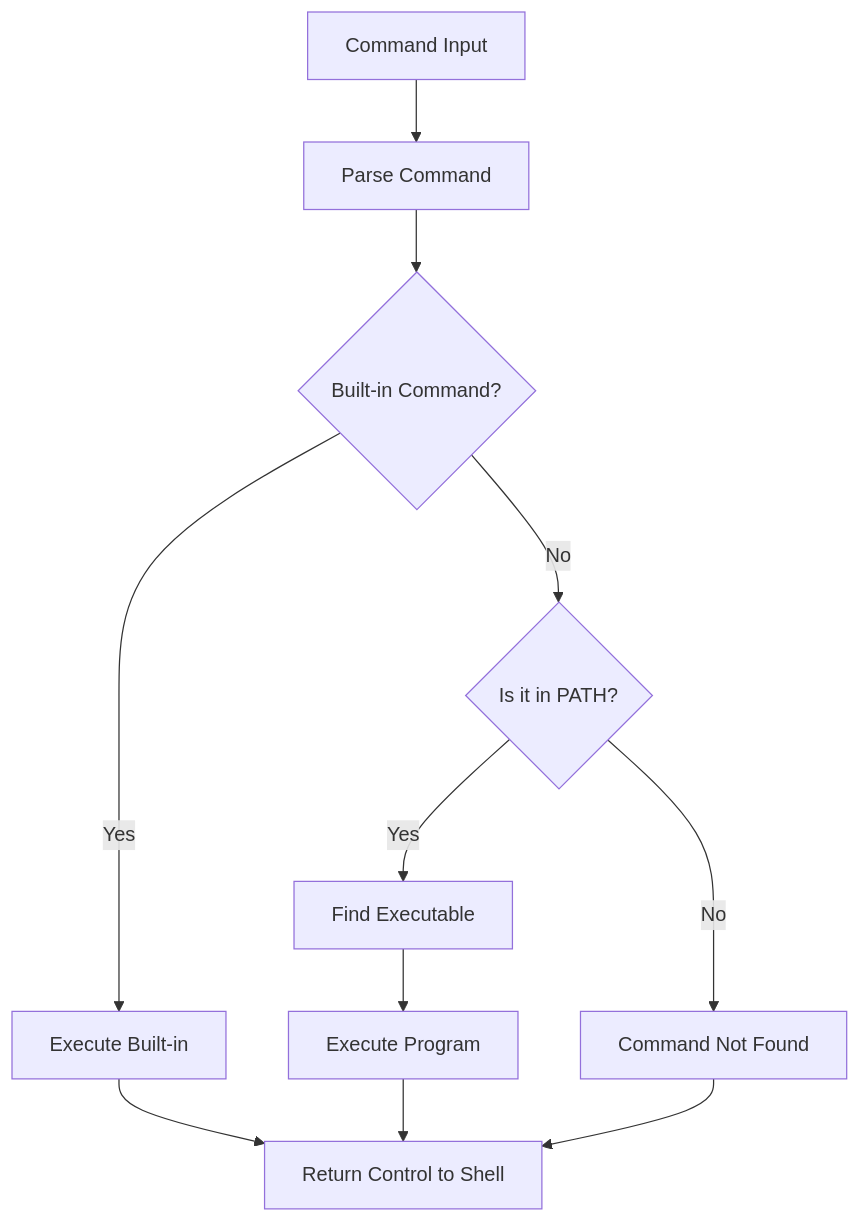
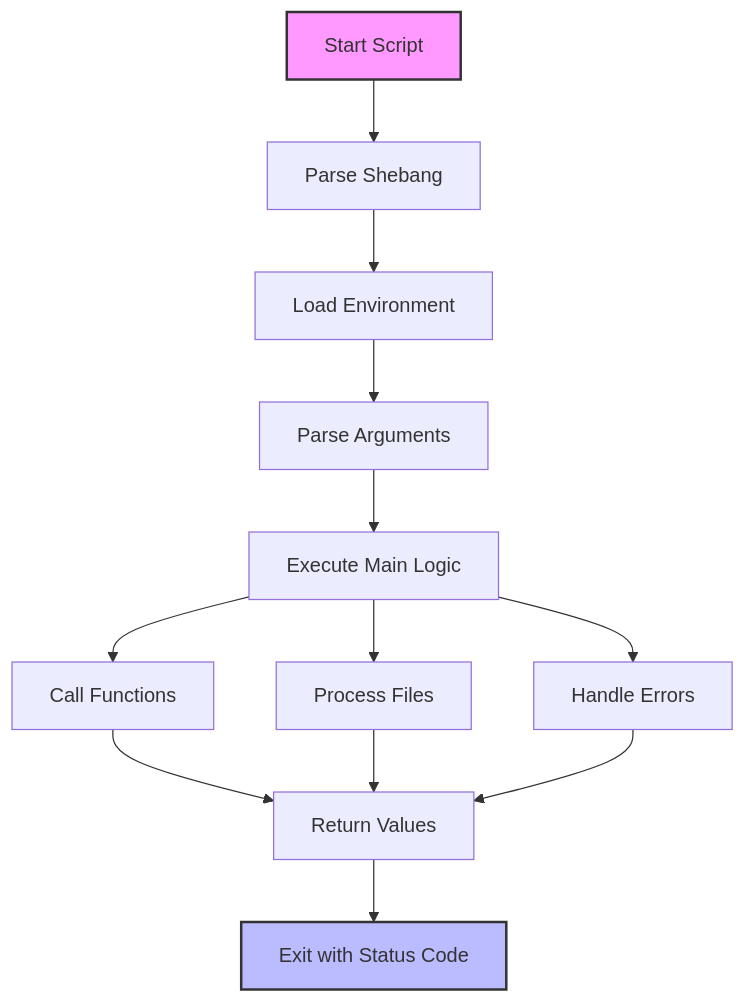
Before and after one commit to wahidyankf/oss: the diagram in apps-standalone/ayokoding-web/content/en/learn/crash-courses/swe/stacks/infra/bash/basics.md, drawn with Mermaid. The commit also changed other lines of this file and 40 other files, not shown here.

````diff
--- a/apps-standalone/ayokoding-web/content/en/learn/crash-courses/swe/stacks/infra/bash/basics.md
+++ b/apps-standalone/ayokoding-web/content/en/learn/crash-courses/swe/stacks/infra/bash/basics.md
@@ -360,13 +440,17 @@
 ```mermaid
 graph TD
-    A[Command Input] --> B[Parse Command]
-    B --> C{Built-in Command?}
-    C -->|Yes| D[Execute Built-in]
-    C -->|No| E{Is it in PATH?}
-    E -->|Yes| F[Find Executable]
-    F --> G[Execute Program]
-    E -->|No| H[Command Not Found]
-    D --> I[Return Control to Shell]
+    A[Start Script] --> B[Parse Shebang]
+    B --> C[Load Environment]
+    C --> D[Parse Arguments]
+    D --> E[Execute Main Logic]
+    E --> F[Call Functions]
+    E --> G[Process Files]
+    E --> H[Handle Errors]
+    F --> I[Return Values]
     G --> I
     H --> I
+    I --> J[Exit with Status Code]
+
+    style A fill:#f9f,stroke:#333,stroke-width:2px
+    style J fill:#bbf,stroke:#333,stroke-width:2px
 ```
````
